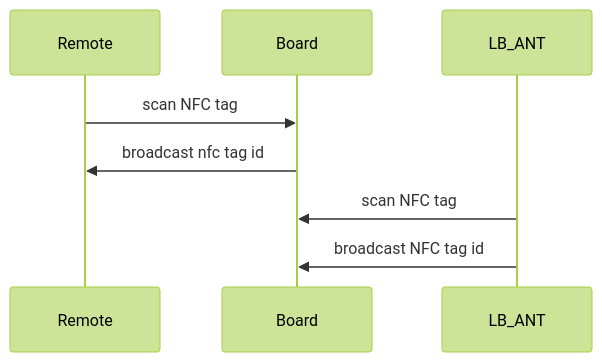
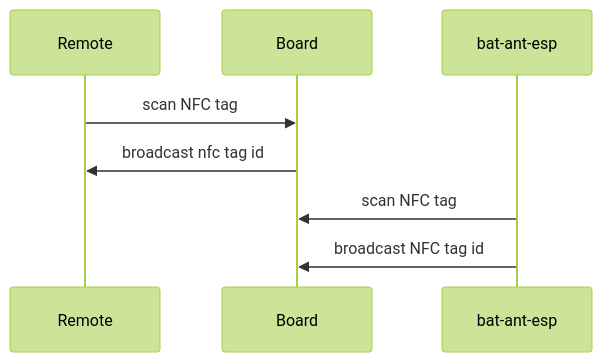
The fourth of 4 diagrams in README.md (cortex/vesc_express), drawn with Mermaid (forest theme) before and after one commit. The commit also changed other lines of this file, not shown here.

````diff
--- a/README.md
+++ b/README.md
@@ -76,10 +114,10 @@
 ```mermaid
 sequenceDiagram
 
 Remote ->> Board: scan NFC tag
 Board ->> Remote: broadcast nfc tag id
 
-LB_ANT ->> Board: scan NFC tag
-LB_ANT ->> Board: broadcast NFC tag id
+bat-ant-esp ->> Board: scan NFC tag
+bat-ant-esp ->> Board: broadcast NFC tag id
 
 ```
````
